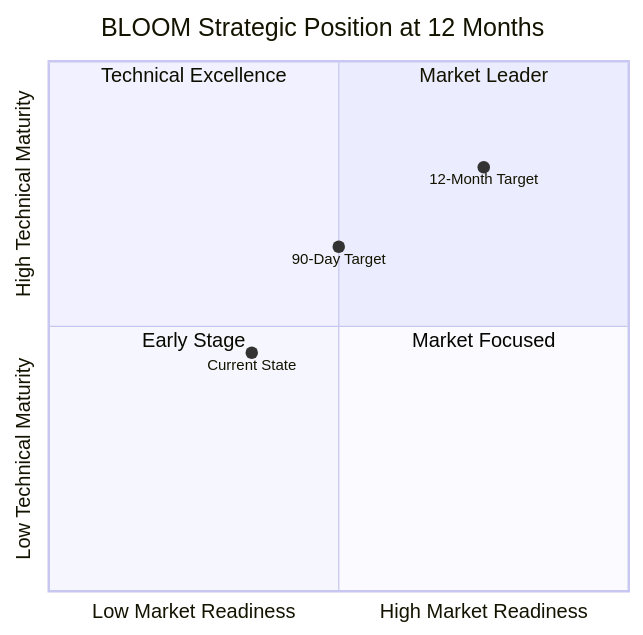
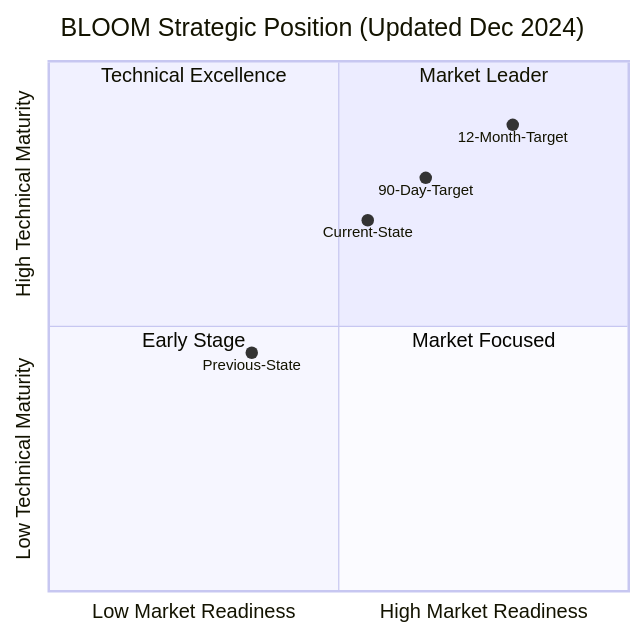
Before and after one commit to Daylily-Informatics/bloom: the second of 3 diagrams in BLOOM_TIMEFRAME_ANALYSIS.md, drawn with Mermaid. The commit also changed other lines of this file and 13 other files, not shown here.

````diff
--- a/BLOOM_TIMEFRAME_ANALYSIS.md
+++ b/BLOOM_TIMEFRAME_ANALYSIS.md
@@ -101,14 +115,15 @@
 ```mermaid
 quadrantChart
-    title BLOOM Strategic Position at 12 Months
+    title BLOOM Strategic Position (Updated Dec 2024)
     x-axis Low Market Readiness --> High Market Readiness
     y-axis Low Technical Maturity --> High Technical Maturity
     quadrant-1 Market Leader
     quadrant-2 Technical Excellence
     quadrant-3 Early Stage
     quadrant-4 Market Focused
 
-    Current State: [0.35, 0.45]
-    90-Day Target: [0.50, 0.65]
-    12-Month Target: [0.75, 0.80]
+    Previous-State: [0.35, 0.45]
+    Current-State: [0.55, 0.70]
+    90-Day-Target: [0.65, 0.78]
+    12-Month-Target: [0.80, 0.88]
 ```
````
